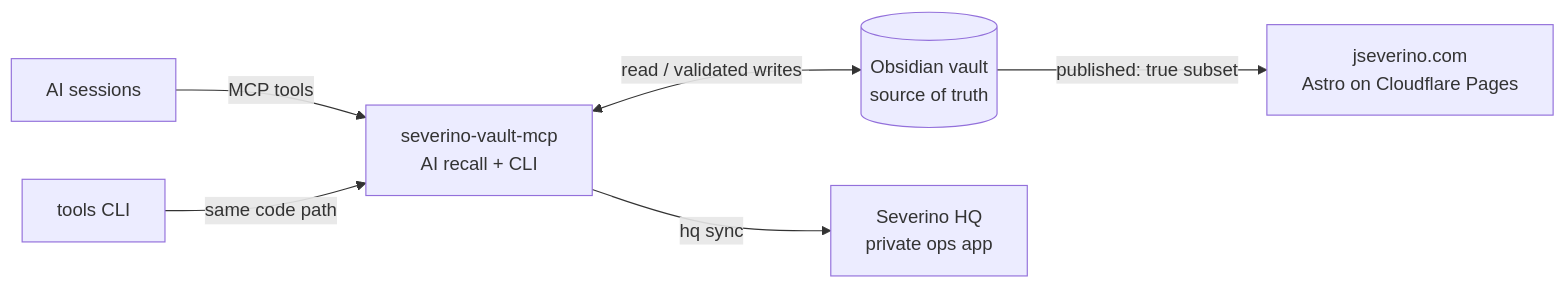
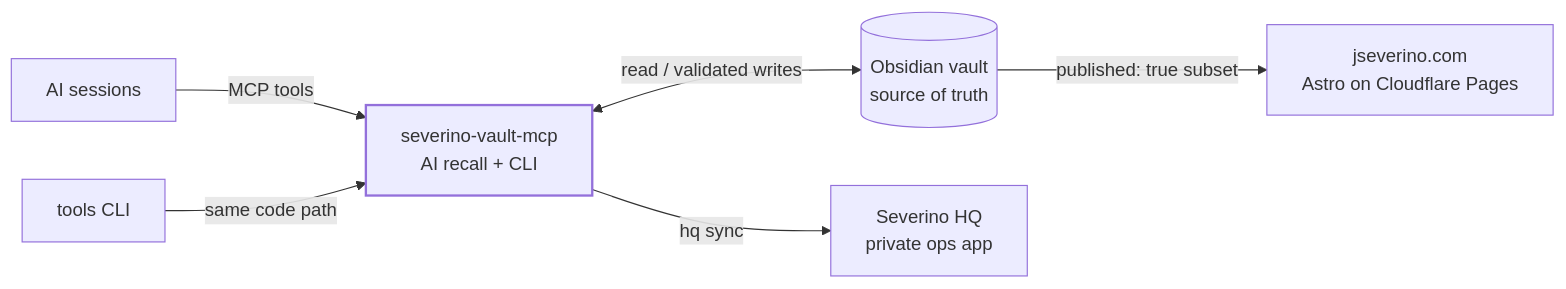
Before and after one commit to joeseverino/joeseverino: the diagram in docs/diagrams/readme-flow.mmd, drawn with Mermaid. The commit also changed 4 other files, not shown here.

Commit message:
docs: re-render diagrams with refined theme (anchor hub, layered cards, 3x) (#7)

```diff
--- a/docs/diagrams/readme-flow.mmd
+++ b/docs/diagrams/readme-flow.mmd
@@ -1,13 +1,17 @@
 flowchart LR
     vault[("Obsidian vault<br/>source of truth")]
     mcp["severino-vault-mcp<br/>AI recall + CLI"]
     hq["Severino HQ<br/>private ops app"]
     site["jseverino.com<br/>Astro on Cloudflare Pages"]
     ai["AI sessions"]
     tools["tools CLI"]
 
     ai -->|"MCP tools"| mcp
     tools -->|"same code path"| mcp
     mcp <-->|"read / validated writes"| vault
     mcp -->|"hq sync"| hq
     vault -->|"published: true subset"| site
+
+    %% the hub every session and tool flows through — styled by .anchor in the shared theme
+    classDef anchor stroke-width:2px;
+    class mcp anchor;
```
